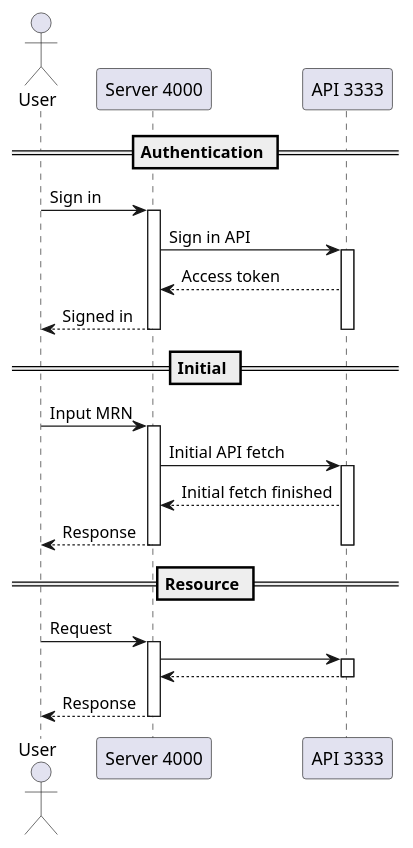
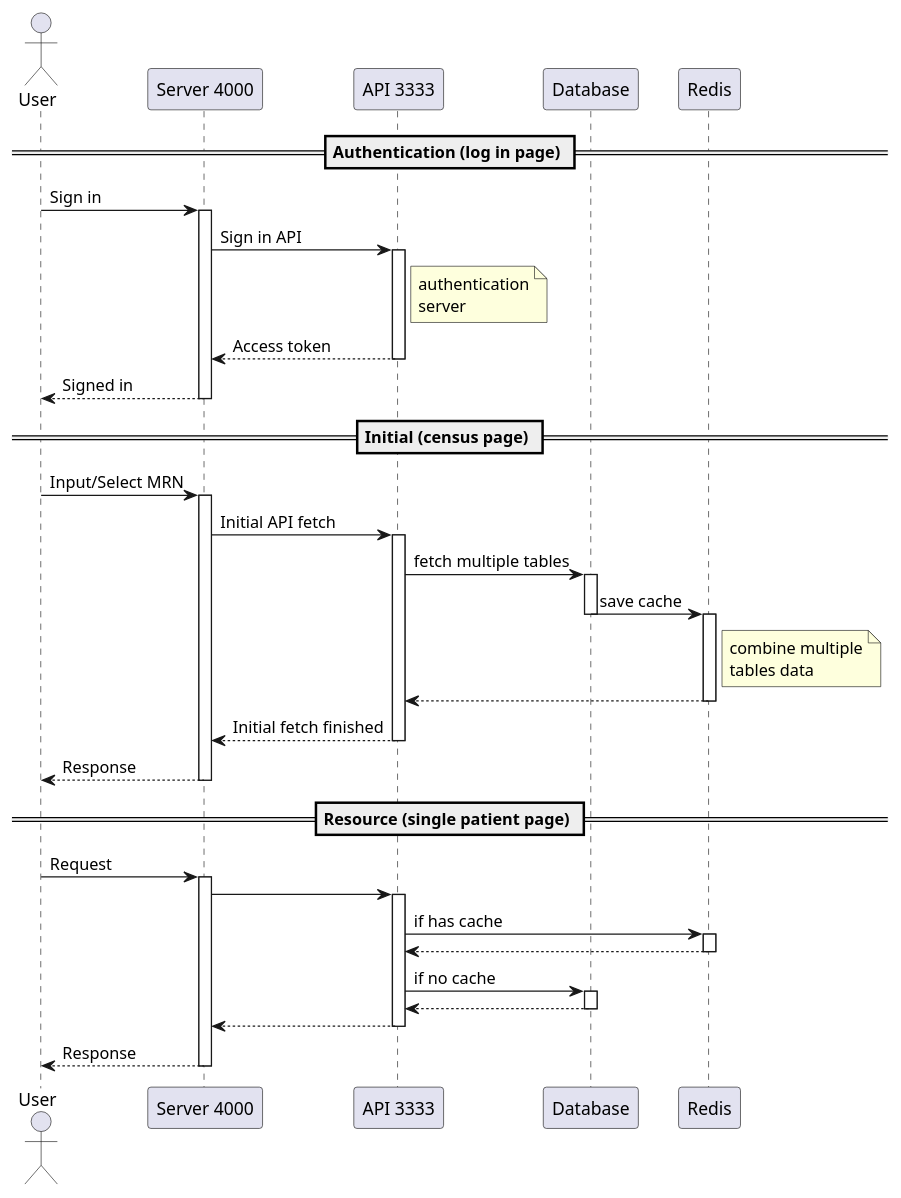
The diagram in assets/sequence.iuml (TwistTRL/nodejs-twist-api), drawn with PlantUML before and after one commit.

Commit message:
edit sequence iuml

```diff
--- a/assets/sequence.iuml
+++ b/assets/sequence.iuml
@@ -1,38 +1,66 @@
 @startuml sequence
 
 actor User
 
-== Authentication ==
+== Authentication (log in page) ==
 User -> "Server 4000": Sign in
 activate "Server 4000"
 "Server 4000" -> "API 3333": Sign in API
 activate "API 3333"
+note right of "API 3333"
+authentication
+server
+end note
 "Server 4000" <-- "API 3333": Access token
+deactivate "API 3333"
 User <-- "Server 4000": Signed in
-deactivate "API 3333"
+
 deactivate "Server 4000"
 
+== Initial (census page) ==
 
-== Initial ==
-
-User -> "Server 4000": Input MRN
+User -> "Server 4000": Input/Select MRN
 activate "Server 4000"
 "Server 4000" -> "API 3333": Initial API fetch
 activate "API 3333"
+
+"API 3333" -> Database: fetch multiple tables
+activate Database
+Database -> Redis: save cache
+deactivate Database 
+
+activate Redis
+note right of Redis
+combine multiple
+tables data
+end note
+"API 3333" <-- Redis
+deactivate Redis
+
 "Server 4000" <-- "API 3333": Initial fetch finished
+deactivate "API 3333"
+
 User <-- "Server 4000": Response
-deactivate "API 3333"
 deactivate "Server 4000"
 
-== Resource ==
+== Resource (single patient page) ==
 
 User -> "Server 4000": Request
 activate "Server 4000"
 "Server 4000" -> "API 3333":
 activate "API 3333"
+"API 3333" -> Redis: if has cache
+activate Redis
+"API 3333" <-- Redis
+deactivate Redis
+"API 3333" -> Database: if no cache
+activate Database
+"API 3333" <-- Database
+deactivate Database
 "Server 4000" <-- "API 3333":
+
 deactivate "API 3333"
 User <-- "Server 4000": Response
 deactivate "Server 4000"
 
 @enduml
```
